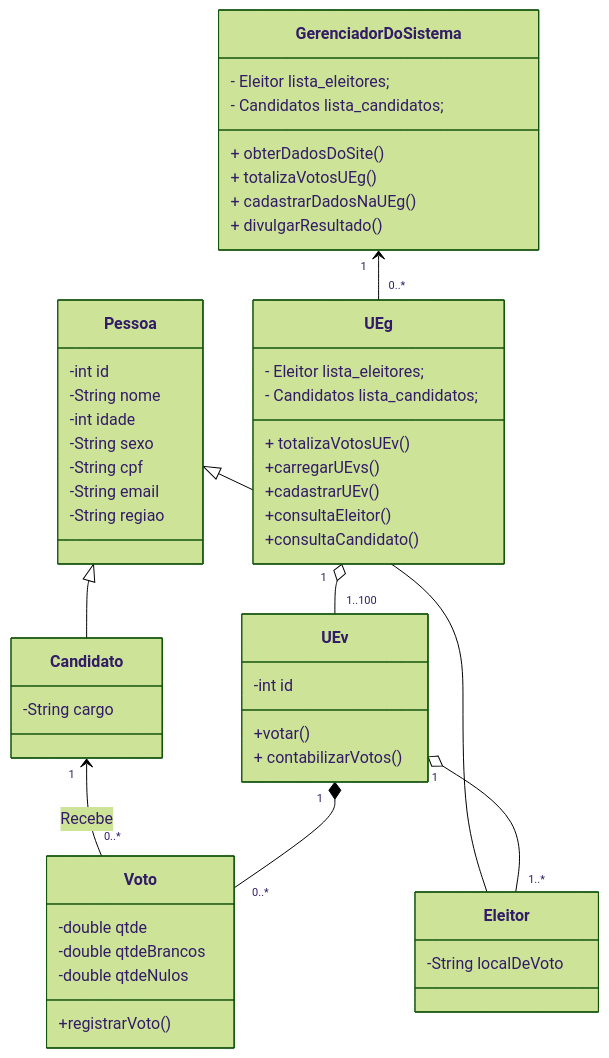
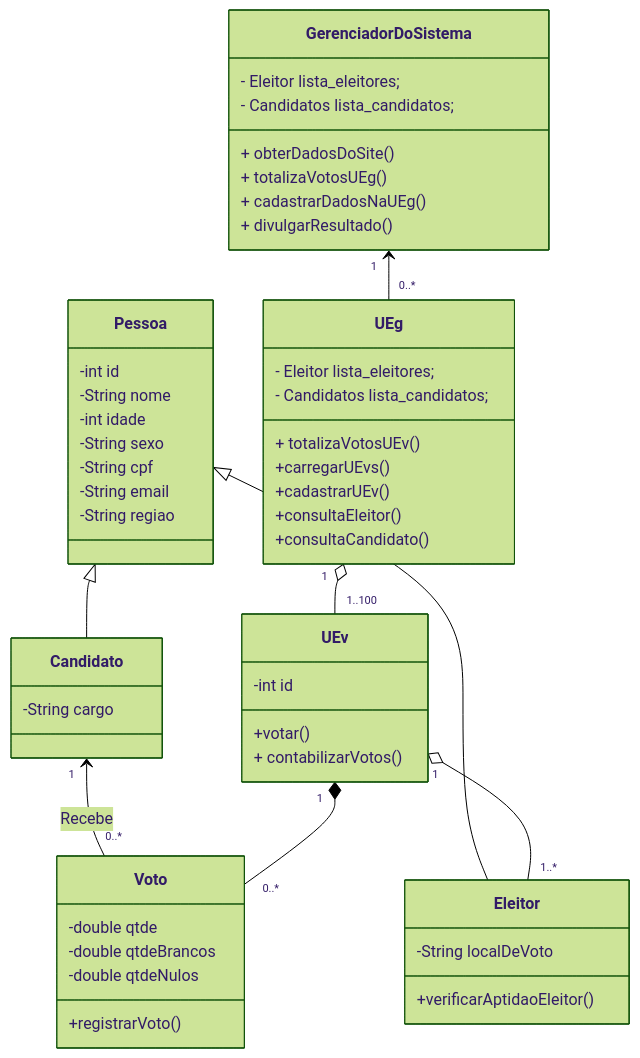
The diagram in Lab2-Diagrama_De_Classes/Diagrama_De_Classes2.md (HenriqueFinatti/Modelagem-De-Software-Orientado-a-Objetos), drawn with Mermaid (forest theme) before and after one commit.

````diff
--- a/Lab2-Diagrama_De_Classes/Diagrama_De_Classes2.md
+++ b/Lab2-Diagrama_De_Classes/Diagrama_De_Classes2.md
@@ -3,59 +3,63 @@
 ```mermaid
 classDiagram
 Pessoa <|-- Eleitor
 Pessoa <|-- Candidato
 Pessoa: -int id
 Pessoa: -String nome
 Pessoa: -int idade
 Pessoa: -String sexo
 Pessoa: -String cpf
 Pessoa: -String email
 Pessoa: -String regiao
 
-Eleitor: -String localDeVoto
+
+class Eleitor{
+  -String localDeVoto
+  +verificarAptidaoEleitor()
+}
 
 class Candidato{
   -String cargo
 }
 
 class UEg{
     - Eleitor lista_eleitores;
     - Candidatos lista_candidatos;
     + totalizaVotosUEv()
     +carregarUEvs()
     +cadastrarUEv()
     +consultaEleitor()
     +consultaCandidato()
 }
 
 class UEv{
   -int id
   +votar()
   + contabilizarVotos()
 }
 
 class GerenciadorDoSistema{
     - Eleitor lista_eleitores;
     - Candidatos lista_candidatos;
     + obterDadosDoSite()
     + totalizaVotosUEg()
     + cadastrarDadosNaUEg()
     + divulgarResultado()
 }
 
 class Voto{
   -double qtde
   -double qtdeBrancos
   -double qtdeNulos
   +registrarVoto()
 }
 
 GerenciadorDoSistema "1" <-- "0..*" UEg
 Candidato "1" <-- "0..*" Voto : Recebe
 UEg "1" o-- "1..100" UEv
 UEv "1" *-- "0..*" Voto
 UEv "1" o-- "1..*" Eleitor
 
 
 
 ```
````
